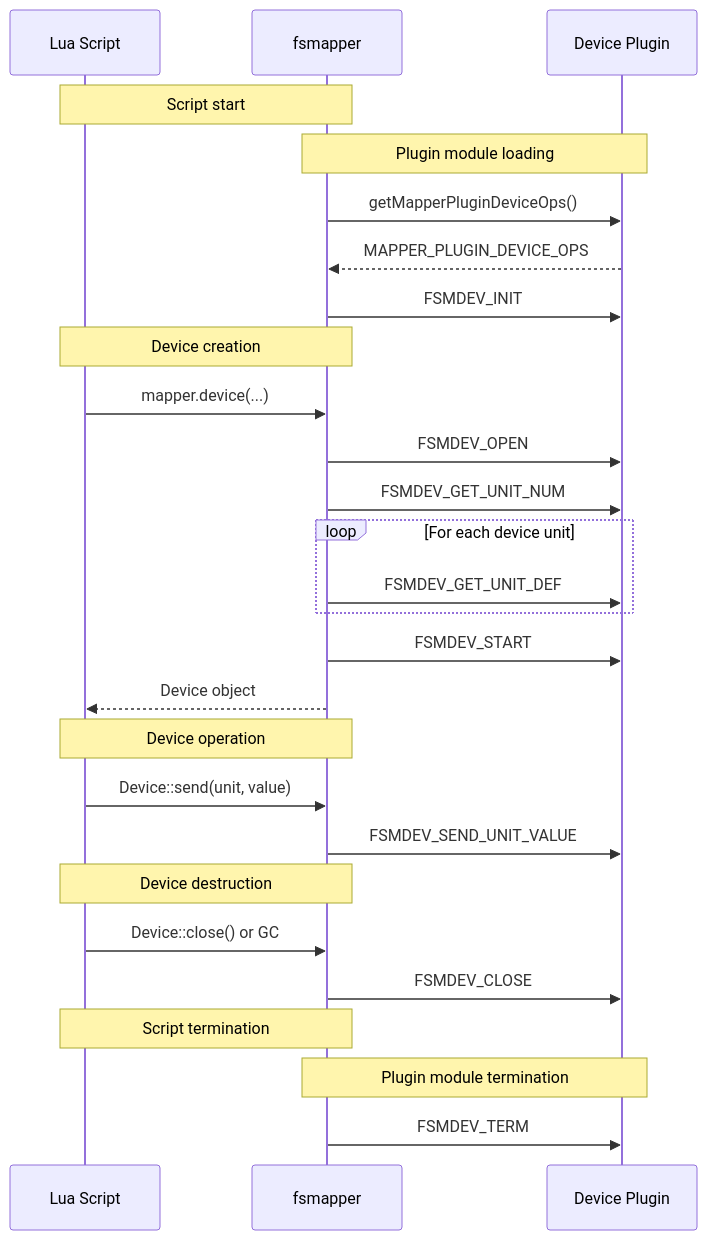
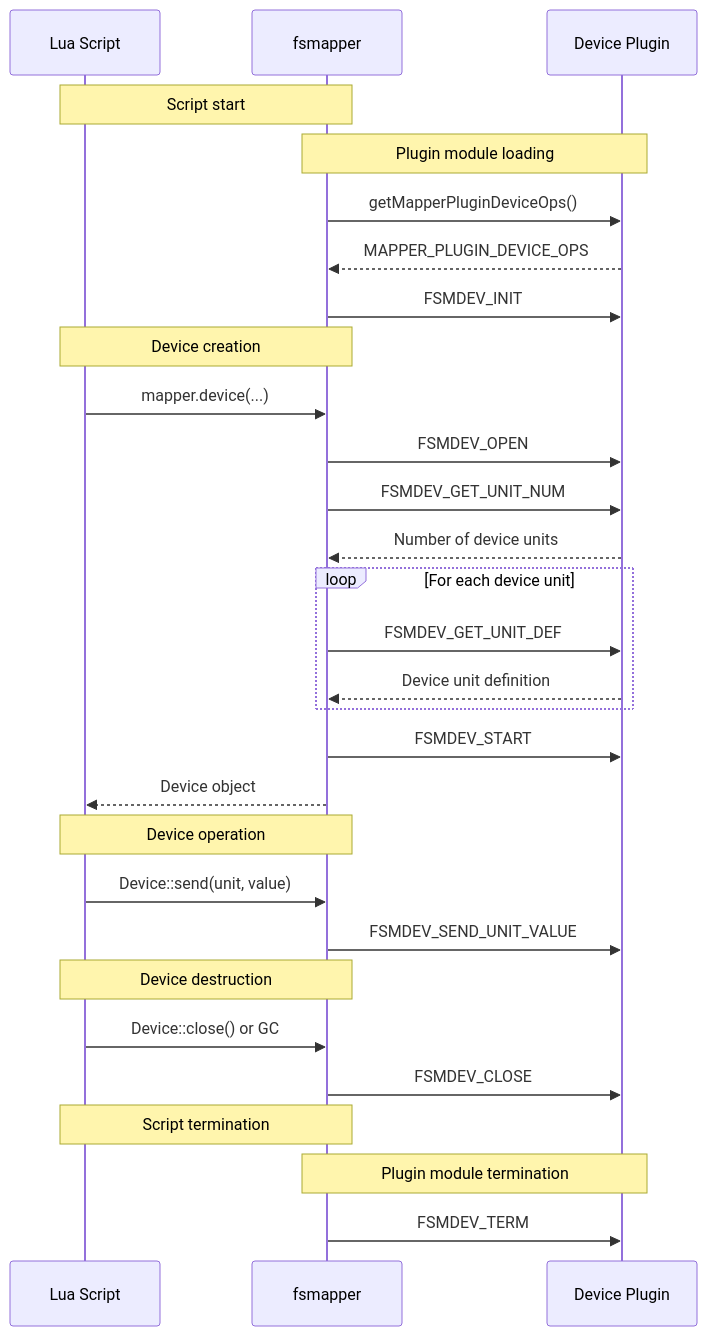
Before and after one commit to opiopan/fsmapper: the diagram in docs/sdkdocs/api/device_plugin/plugin_abi/index.md, drawn with Mermaid. The commit also changed other lines of this file and 5 other files, not shown here.

````diff
--- a/docs/sdkdocs/api/device_plugin/plugin_abi/index.md
+++ b/docs/sdkdocs/api/device_plugin/plugin_abi/index.md
@@ -11,40 +11,42 @@
 ```mermaid
 sequenceDiagram
     participant Lua as Lua Script
     participant FSM as fsmapper
     participant PLG as Device Plugin
 
     Note over Lua,FSM: Script start
     Note over FSM,PLG: Plugin module loading
 
     FSM->>PLG: getMapperPluginDeviceOps()
     PLG-->>FSM: MAPPER_PLUGIN_DEVICE_OPS
     FSM->>PLG: FSMDEV_INIT
 
     Note over Lua,FSM: Device creation
 
     Lua->>FSM: mapper.device(...)
     FSM->>PLG: FSMDEV_OPEN
     FSM->>PLG: FSMDEV_GET_UNIT_NUM
+    PLG-->>FSM: Number of device units
     loop For each device unit
         FSM->>PLG: FSMDEV_GET_UNIT_DEF
+        PLG-->>FSM: Device unit definition
     end
 
     FSM->>PLG: FSMDEV_START
     FSM-->>Lua: Device object
 
     Note over Lua,FSM: Device operation
 
     Lua->>FSM: Device::send(unit, value)
     FSM->>PLG: FSMDEV_SEND_UNIT_VALUE
 
     Note over Lua,FSM: Device destruction
 
     Lua->>FSM: Device::close() or GC
     FSM->>PLG: FSMDEV_CLOSE
 
     Note over Lua,FSM: Script termination
     Note over FSM,PLG: Plugin module termination
 
     FSM->>PLG: FSMDEV_TERM
 ```
````
